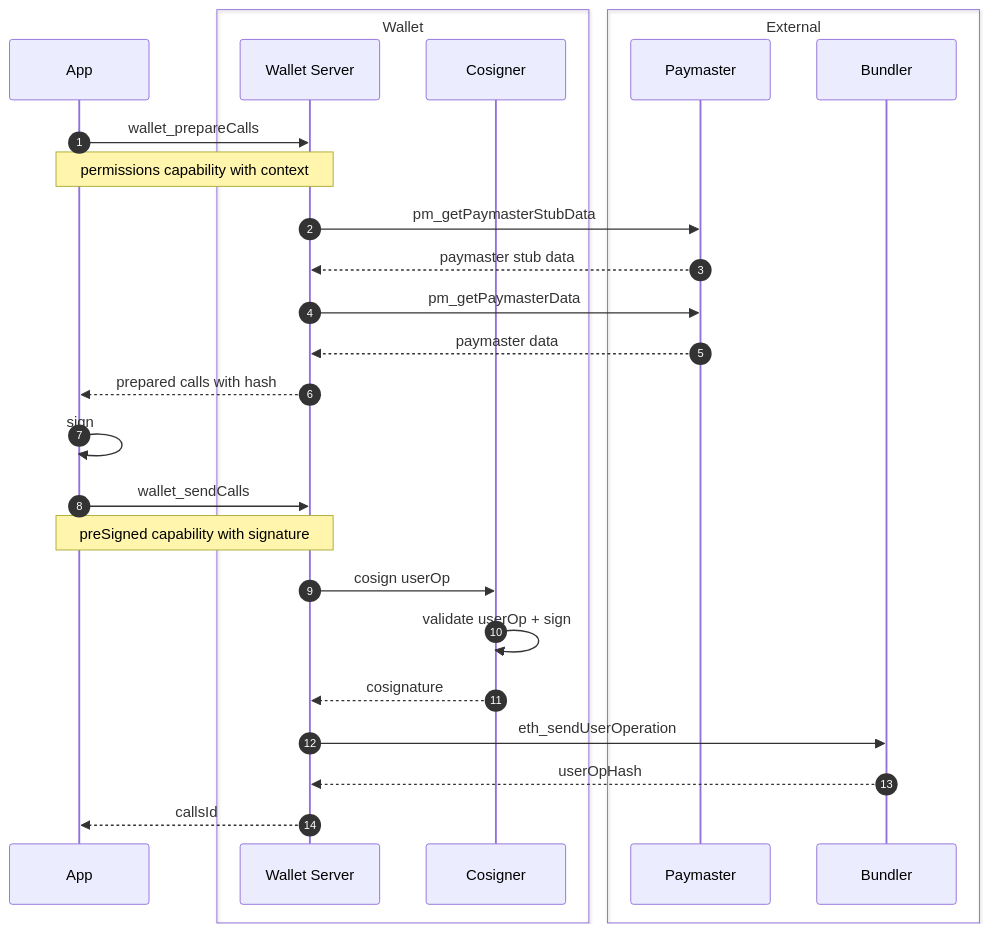
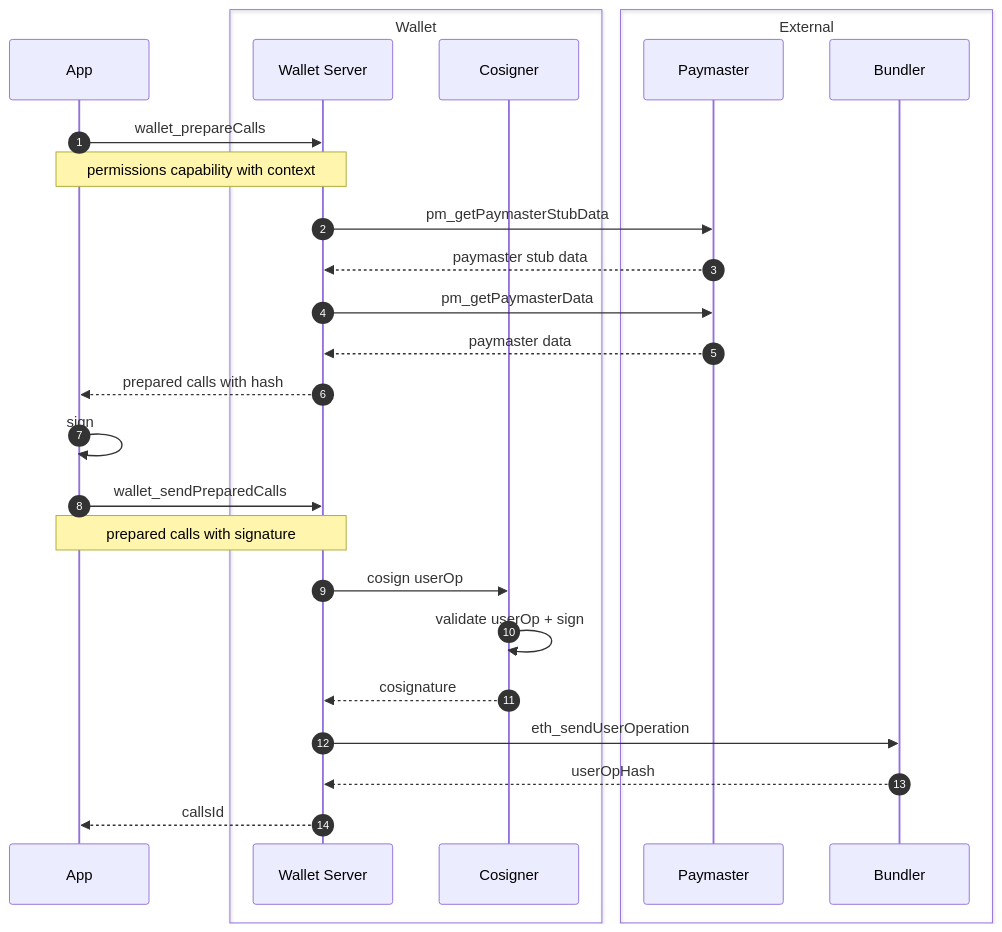
One commit to coinbase/smart-wallet-permissions changed the diagram in docs/diagrams/offchain/prepareCalls+sendCalls.md. Above: the diagram before and after it, drawn with Mermaid. The commit also changed 10 other files, not shown here.

````diff
--- a/docs/diagrams/offchain/prepareCalls+sendCalls.md
+++ b/docs/diagrams/offchain/prepareCalls+sendCalls.md
@@ -5,30 +5,30 @@
 ```mermaid
 sequenceDiagram
     autonumber
     participant A as App
     box transparent Wallet
         participant WS as Wallet Server
         participant CS as Cosigner
     end
     box transparent External
         participant P as Paymaster
         participant B as Bundler
     end
 
     A->>WS: wallet_prepareCalls
     Note over A,WS: permissions capability with context
     WS->>P: pm_getPaymasterStubData
     P-->>WS: paymaster stub data
     WS->>P: pm_getPaymasterData
     P-->>WS: paymaster data
     WS-->>A: prepared calls with hash
     A->>A: sign
-    A->>WS: wallet_sendCalls
-    Note over A,WS: preSigned capability with signature
+    A->>WS: wallet_sendPreparedCalls
+    Note over A,WS: prepared calls with signature
     WS->>CS: cosign userOp
     CS->>CS: validate userOp + sign
     CS-->>WS: cosignature
     WS->>B: eth_sendUserOperation
     B-->>WS: userOpHash
     WS-->>A: callsId
 ```
````
